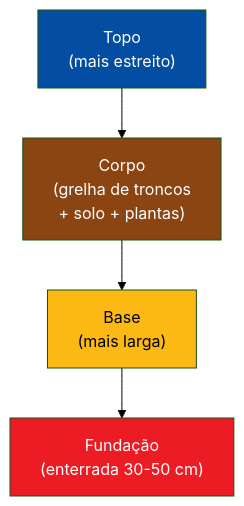
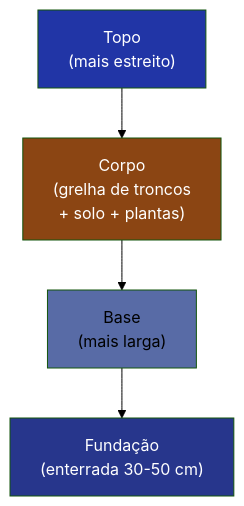
One commit to ldvsantos/cv changed the second of 7 diagrams in aulas/bioengenharia_de_solos/aulas/parede_krainer/parede_krainer.qmd. Above: the diagram before and after it, drawn with Mermaid (forest theme). The commit also changed other lines of this file and 466 other files, not shown here.

````diff
--- a/aulas/bioengenharia_de_solos/aulas/parede_krainer/parede_krainer.qmd
+++ b/aulas/bioengenharia_de_solos/aulas/parede_krainer/parede_krainer.qmd
@@ -410,11 +408,11 @@
 ```{mermaid}
 %%| fig-width: 4.5
 graph TD
     A["Topo<br>(mais estreito)"] --> B["Corpo<br>(grelha de troncos<br>+ solo + plantas)"]
     B --> C["Base<br>(mais larga)"]
     C --> D["Fundação<br>(enterrada 30-50 cm)"]
-    style A fill:#034EA2,color:#fff
+    style A fill:#2135A6,color:#fff
     style B fill:#8B4513,color:#fff
-    style C fill:#FDB913,color:#000
-    style D fill:#ED1C24,color:#fff
+    style C fill:#586BA6,color:#000
+    style D fill:#27368C,color:#fff
 ```
````
